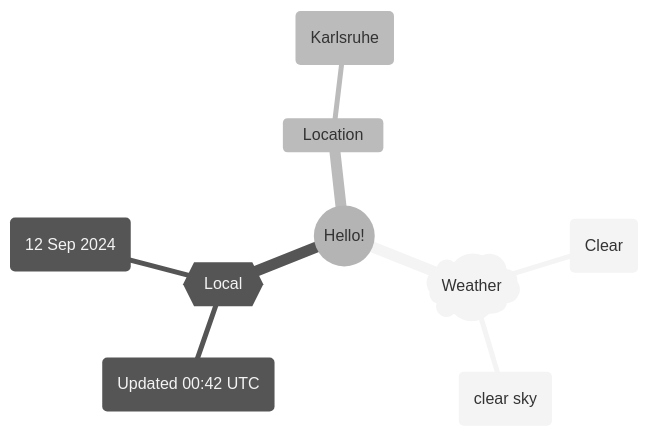
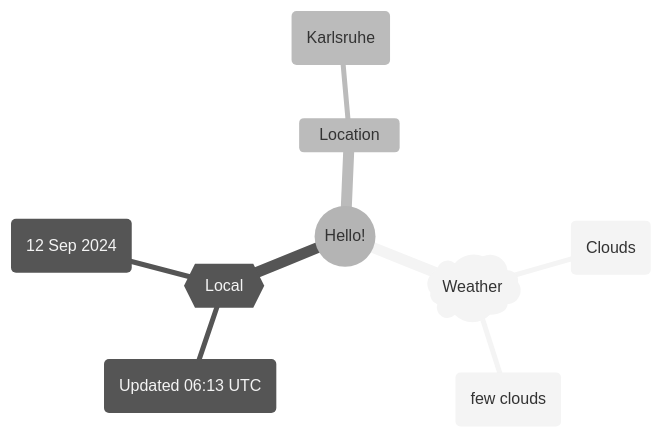
Before and after one commit to Xosrov/Xosrov: the first of 2 diagrams in README.md, drawn with Mermaid (neutral theme).

Commit message:
[bot] updated images

````diff
--- a/README.md
+++ b/README.md
@@ -3,12 +3,12 @@
 ```mermaid
 mindmap
   root((Hello!))
     )Weather(
-        (Clear)
-        (clear sky)
+        (Clouds)
+        (few clouds)
     {{Local}}
-        (Updated 00:42 UTC)
+        (Updated 06:13 UTC)
         (12 Sep 2024)
     Location
         (Karlsruhe)
 ```
````
